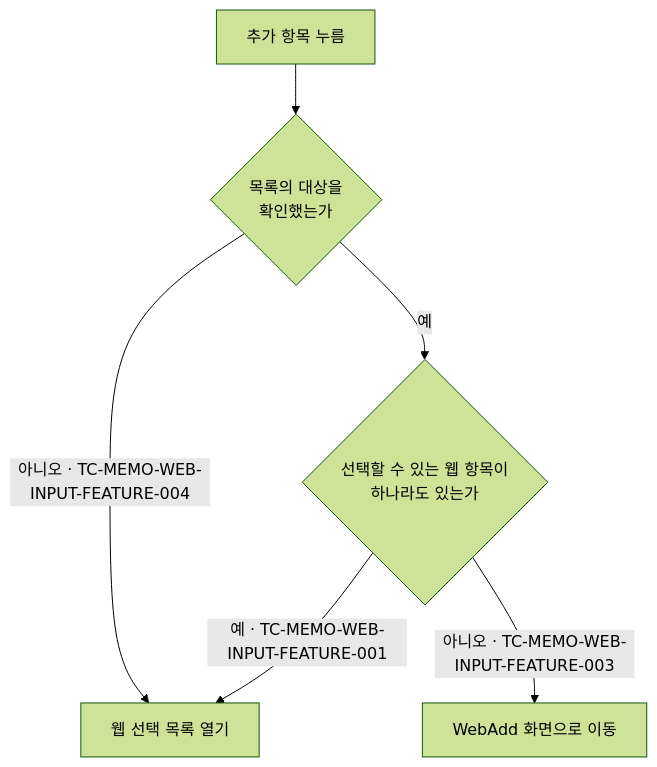
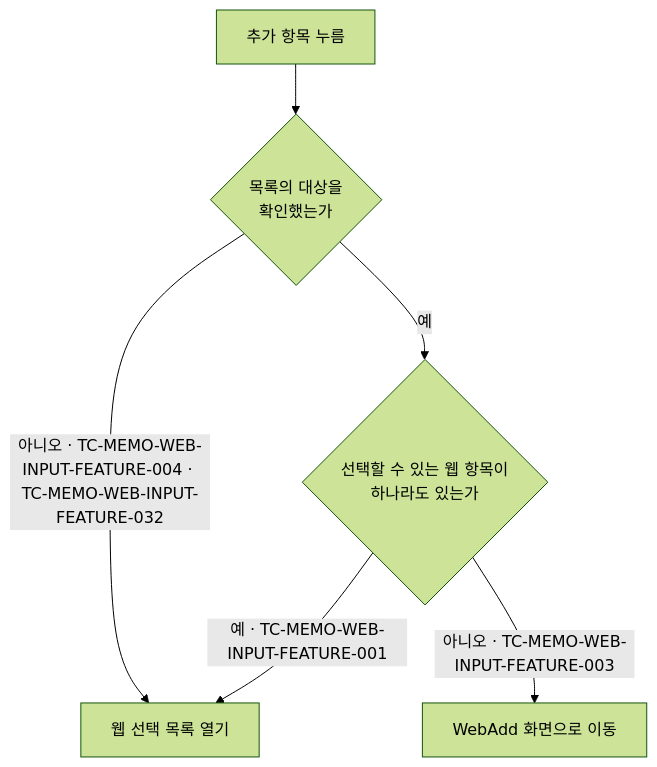
Before and after one commit to taetae98coding/DiaryKMP: the diagram in docs/testcase/memo-web-input.md, drawn with Mermaid (forest theme). The commit also changed other lines of this file and 130 other files, not shown here.

````diff
--- a/docs/testcase/memo-web-input.md
+++ b/docs/testcase/memo-web-input.md
@@ -33,8 +33,8 @@
 ```mermaid
 flowchart TD
     Click["추가 항목 누름"] --> Ready{"목록의 대상을<br/>확인했는가"}
-    Ready -- "아니오 · TC-MEMO-WEB-INPUT-FEATURE-004" --> Open["웹 선택 목록 열기"]
+    Ready -- "아니오 · TC-MEMO-WEB-INPUT-FEATURE-004 · TC-MEMO-WEB-INPUT-FEATURE-032" --> Open["웹 선택 목록 열기"]
     Ready -- 예 --> Any{"선택할 수 있는 웹 항목이<br/>하나라도 있는가"}
     Any -- "예 · TC-MEMO-WEB-INPUT-FEATURE-001" --> Open
     Any -- "아니오 · TC-MEMO-WEB-INPUT-FEATURE-003" --> Move["WebAdd 화면으로 이동"]
 ```
````
